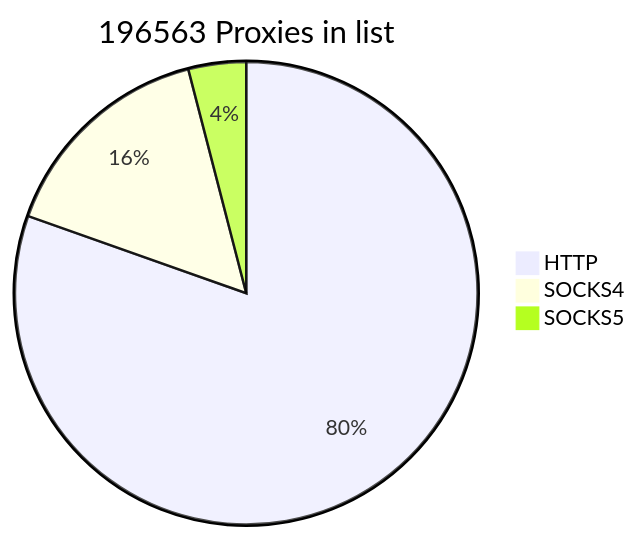
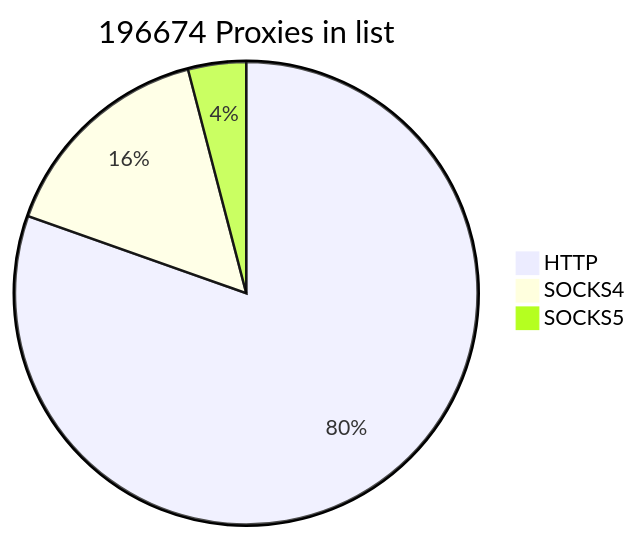
Before and after one commit to cutipu/proxylist: the first of 2 diagrams in README.md, drawn with Mermaid. The commit also changed other lines of this file, not shown here.

````diff
--- a/README.md
+++ b/README.md
@@ -2,7 +2,7 @@
 ```mermaid
-pie title 196563 Proxies in list
-    "HTTP" : 158062
-    "SOCKS4" : 30579
-    "SOCKS5" : 7922
+pie title 196674 Proxies in list
+    "HTTP" : 158141
+    "SOCKS4" : 30563
+    "SOCKS5" : 7970
             
 ```
````
